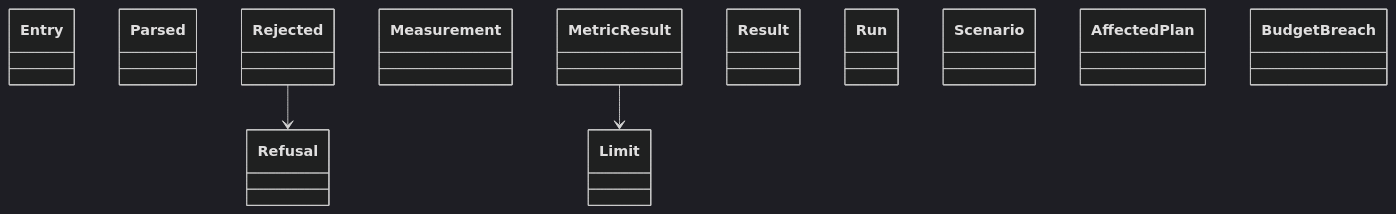
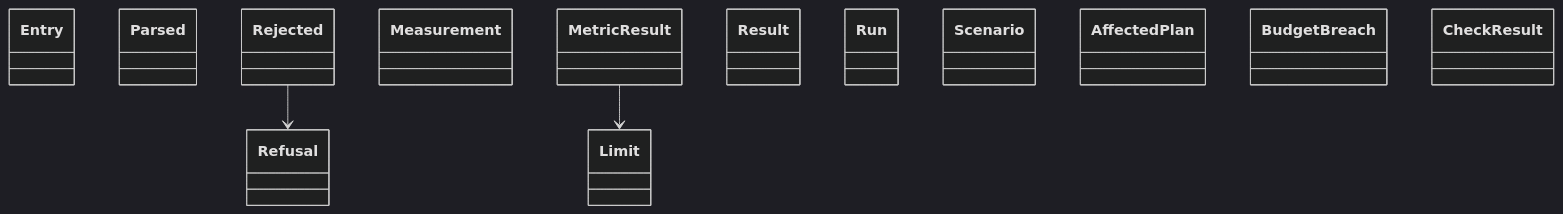
Before and after one commit to GonzaloZevallos/agentic-system: the diagram in docs/architecture/generated/classes-process-domain-checks-2.md, drawn with Mermaid (dark theme). The commit also changed 5 other files, not shown here.

First line of the commit message:
Regenerate the architecture pages for the new flake domain types

````diff
--- a/docs/architecture/generated/classes-process-domain-checks-2.md
+++ b/docs/architecture/generated/classes-process-domain-checks-2.md
@@ -21,17 +21,18 @@
 ```mermaid
 classDiagram
     class coverage__Entry["Entry"]
     class coverage__Parsed["Parsed"]
     class coverage__Refusal["Refusal"]
     class coverage__Rejected["Rejected"]
     class performance__Limit["Limit"]
     class performance__Measurement["Measurement"]
     class performance__MetricResult["MetricResult"]
     class performance__Result["Result"]
     class performance__Run["Run"]
     class performance__Scenario["Scenario"]
     class presubmit__AffectedPlan["AffectedPlan"]
     class presubmit__BudgetBreach["BudgetBreach"]
+    class presubmit__CheckResult["CheckResult"]
     coverage__Rejected --> coverage__Refusal
     performance__MetricResult --> performance__Limit
 ```
````
